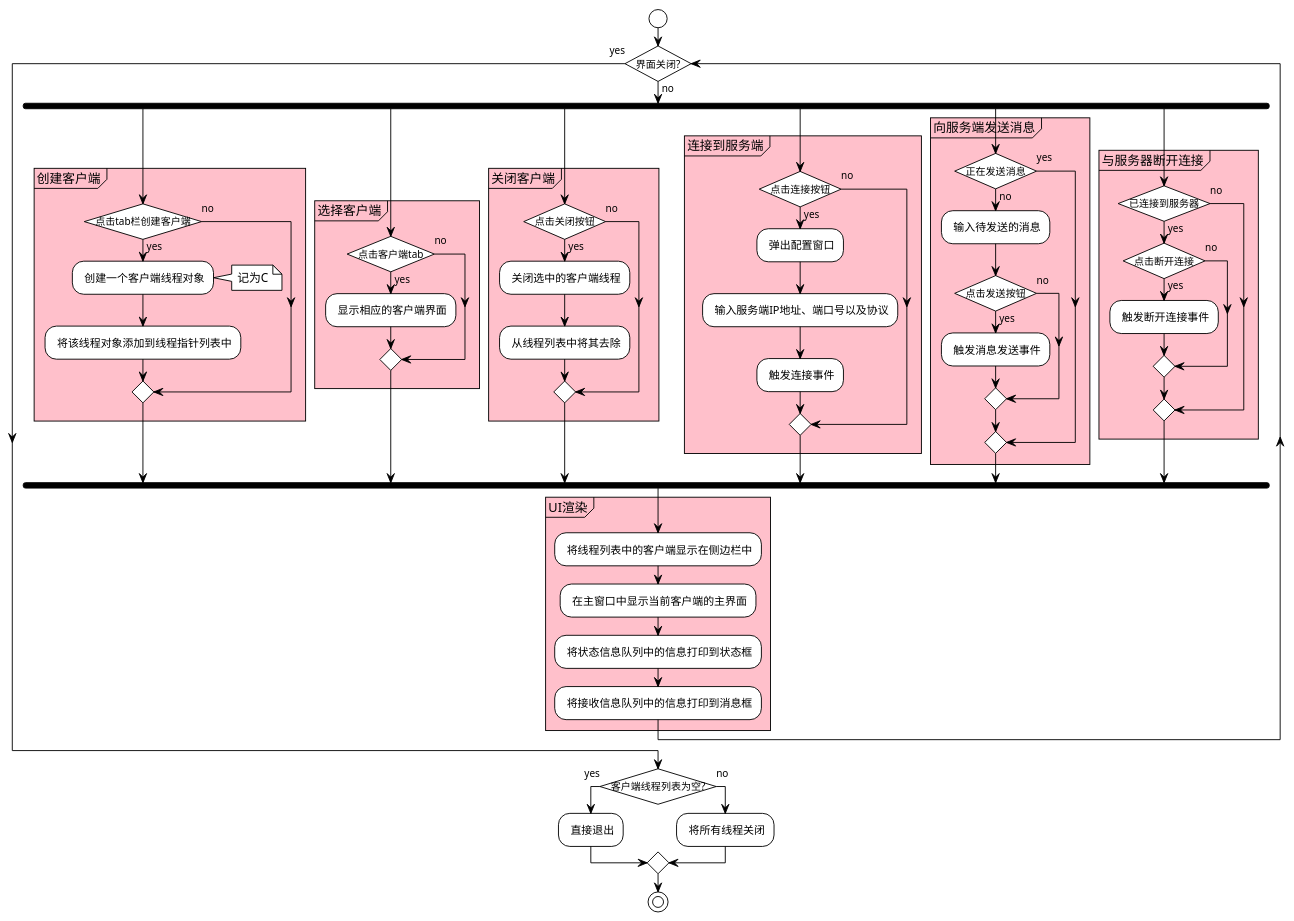
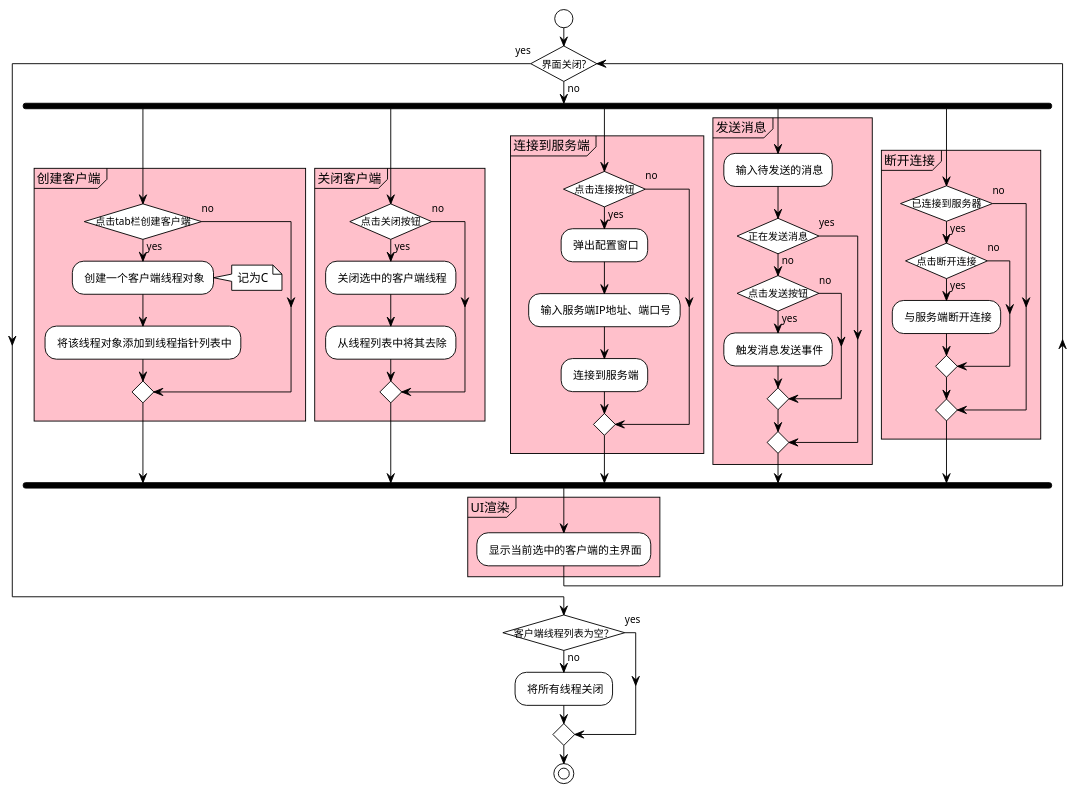
Before and after one commit to CJY-C/tcp: the diagram in doc/clientUI.puml, drawn with PlantUML. The commit also changed 62 other files, not shown here.

```diff
--- a/doc/clientUI.puml
+++ b/doc/clientUI.puml
@@ -1,77 +1,66 @@
 @startuml
 !theme plain
 skinparam conditionStyle InsideDiamond
 |客户端界面|
 start
 while (界面关闭?) is (no)
 fork
     partition 创建客户端 #pink
         if (点击tab栏创建客户端) then (yes)
             : 创建一个客户端线程对象; 
             note right 
                 记为C
             end note
             : 将该线程对象添加到线程指针列表中;
         else (no)
         endif
     }
 fork again
-    partition 选择客户端 #pink
-        if (点击客户端tab) then (yes)
-            : 显示相应的客户端界面;
-        else (no)
-        endif
-    }
-fork again
     partition 关闭客户端 #pink
     if (点击关闭按钮) then (yes)
             : 关闭选中的客户端线程;
             : 从线程列表中将其去除;
         else (no)
         endif
     }
 fork again 
     partition 连接到服务端 #pink
         if (点击连接按钮) then (yes)
             : 弹出配置窗口;
-            : 输入服务端IP地址、端口号以及协议;
-            : 触发连接事件;
+            : 输入服务端IP地址、端口号;
+            : 连接到服务端;
         else (no)
         endif
     }
 fork again 
-    partition 向服务端发送消息 #pink
+    partition 发送消息 #pink
+        : 输入待发送的消息;
         if  (正在发送消息) then (no)
-        : 输入待发送的消息;
             if (点击发送按钮) then (yes)
                 : 触发消息发送事件;
             else (no)
             endif
         else (yes)
         endif
     }
 fork again 
-    partition 与服务器断开连接 #pink
+    partition 断开连接 #pink
         if (已连接到服务器) then (yes)
             if (点击断开连接) then (yes)
-                : 触发断开连接事件;
+                : 与服务端断开连接;
             else (no)
             endif
         else (no)
         endif
     }
 end fork
 partition UI渲染 #pink
-    : 将线程列表中的客户端显示在侧边栏中;
-    : 在主窗口中显示当前客户端的主界面;
-    : 将状态信息队列中的信息打印到状态框;
-    : 将接收信息队列中的信息打印到消息框;
+    : 显示当前选中的客户端的主界面;
 }
 end while (yes)
-if (客户端线程列表为空?) then (yes)
-    : 直接退出;
+if (客户端线程列表为空？) then (yes)
 else (no)
     : 将所有线程关闭;
 endif
 stop
 @enduml
```
